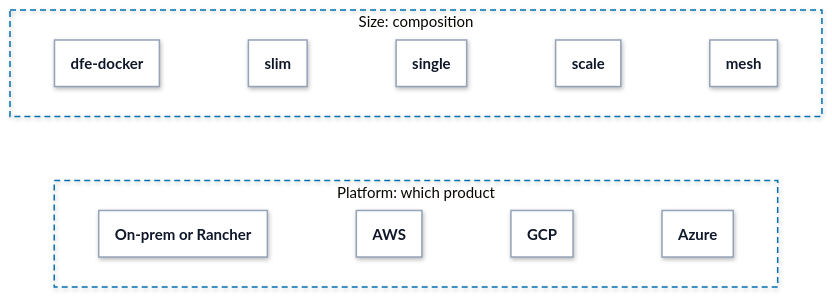
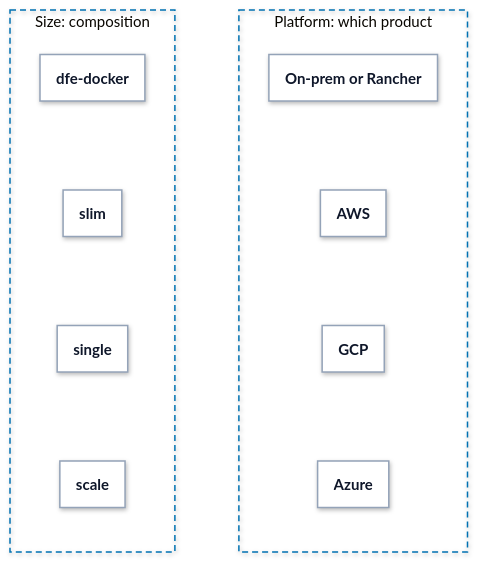
Before and after one commit to hyperi-io/dfe-engine: the second of 4 diagrams in docs/deployment/backing-services.md, drawn with Mermaid. The commit also changed other lines of this file and 32 other files, not shown here.

First line of the commit message:
docs(architecture): engine page to the standard, diagrams to 860 px (#1209)

````diff
--- a/docs/deployment/backing-services.md
+++ b/docs/deployment/backing-services.md
@@ -116,74 +116,74 @@
 ```mermaid
 ---
 config:
   theme: base
   look: neo
   fontFamily: Inter, -apple-system, Segoe UI, Roboto, Helvetica, Arial, sans-serif
   flowchart:
     curve: linear
     nodeSpacing: 40
     rankSpacing: 64
     padding: 18
     wrappingWidth: 280
     htmlLabels: true
   elk:
     preset: modelOrder
   themeVariables:
     fontSize: 15px
     lineColor: "#64748B"
     primaryTextColor: "#0F172A"
     clusterBorder: "#0072B2"
     edgeLabelBackground: "#FFFFFF"
   themeCSS: >-
     p{margin:0}
     .node[data-look] rect,.node[data-look] path,.node[data-look] polygon,.node[data-look] .outer-path{filter:drop-shadow(0 1px 2px rgba(15,23,42,.10)) drop-shadow(0 6px 14px rgba(15,23,42,.10))}
     .node rect{rx:10px;ry:10px}
     .cluster rect{rx:16px;ry:16px}
     .node .label div{min-width:150px}
     .node.decision .label div{min-width:0}
     .cluster[data-look] rect{filter:none}
     .nodeLabel{line-height:1.35}
     .nodeLabel b{font-weight:600;font-size:15px;letter-spacing:-0.01em}
     .nodeLabel span{font-size:12.5px;font-weight:400;color:#334155}
     .cluster-label span.nodeLabel{display:inline-block;background:#FFFFFF;color:#0B2A3F;border:1.5px solid #0072B2;border-radius:999px;padding:2px 12px;font-size:11.5px;font-weight:700;letter-spacing:.09em;text-transform:uppercase}
     .flowchart-link{stroke-width:1.75px}
     .labelBkg{background:transparent!important}
     span.edgeLabel{display:inline-block;background:#FFFFFF!important;color:#1E293B;border:1px solid #94A3B8;border-radius:999px;padding:2px 10px;font-size:12px;font-weight:500}
     span.edgeLabel p{background:transparent!important}
     .label-icon{width:20px;height:20px;vertical-align:-4px;margin-right:6px}
     .ingest .label-icon{color:#0E8A7D}
     .xform .label-icon{color:#7B4FB0}
     .load .label-icon{color:#0072B2}
     .bus .label-icon{color:#A8517F}
     .store .label-icon{color:#00785A}
     .ui .label-icon{color:#D9480F}
     .ext .label-icon{color:#64748B}
 ---
-flowchart TB
+flowchart LR
   accTitle: L4 Detail -- Size and platform axes
-  accDescr: Size runs from dfe-docker through slim, single and scale to mesh and sets the composition. Platform runs on-prem, AWS, GCP and Azure and sets which product fills each backing service.
+  accDescr: Size runs from dfe-docker through slim and single to scale and sets the composition. Platform runs on-prem, AWS, GCP and Azure and sets which product fills each backing service.
 
   subgraph size["Size: composition"]
-    direction LR
-    docker["<b>dfe-docker</b>"] ~~~ slim["<b>slim</b>"] ~~~ single["<b>single</b>"] ~~~ scale["<b>scale</b>"] ~~~ mesh["<b>mesh</b>"]
+    direction TB
+    docker["<b>dfe-docker</b>"] ~~~ slim["<b>slim</b>"] ~~~ single["<b>single</b>"] ~~~ scale["<b>scale</b>"]
   end
   subgraph platform["Platform: which product"]
-    direction LR
+    direction TB
     onprem["<b>On-prem or Rancher</b>"] ~~~ aws["<b>AWS</b>"] ~~~ gcp["<b>GCP</b>"] ~~~ azure["<b>Azure</b>"]
   end
   size ~~~ platform
+  class docker,slim,single,scale,onprem,aws,gcp,azure part
   classDef ext fill:#F4F6F8,stroke:#94A3B8,stroke-width:1.5px,stroke-dasharray:5 4,color:#0F172A
   classDef ingest fill:#FFFFFF,stroke:#0E8A7D,stroke-width:3px,color:#0F172A
   classDef xform fill:#FFFFFF,stroke:#7B4FB0,stroke-width:3px,color:#0F172A
   classDef load fill:#FFFFFF,stroke:#0072B2,stroke-width:3px,color:#0F172A
   classDef bus fill:#FFFFFF,stroke:#A8517F,stroke-width:3px,color:#0F172A
   classDef store fill:#FFFFFF,stroke:#00785A,stroke-width:3px,color:#0F172A
   classDef ui fill:#FFFFFF,stroke:#D9480F,stroke-width:3px,color:#0F172A
   classDef decision fill:#FFFFFF,stroke:#9A6700,stroke-width:3px,color:#0F172A
   classDef error fill:#FFFFFF,stroke:#C2410C,stroke-width:3px,color:#0F172A
   classDef control fill:#FFFFFF,stroke:#334155,stroke-width:3px,color:#0F172A
   classDef part fill:#FFFFFF,stroke:#94A3B8,stroke-width:1.5px,color:#0F172A
-  class docker,slim,single,scale,mesh,onprem,aws,gcp,azure part
   style size fill:none,stroke:#0072B2,stroke-width:1.5px,stroke-dasharray:6 4
   style platform fill:none,stroke:#0072B2,stroke-width:1.5px,stroke-dasharray:6 4
 ```
````
